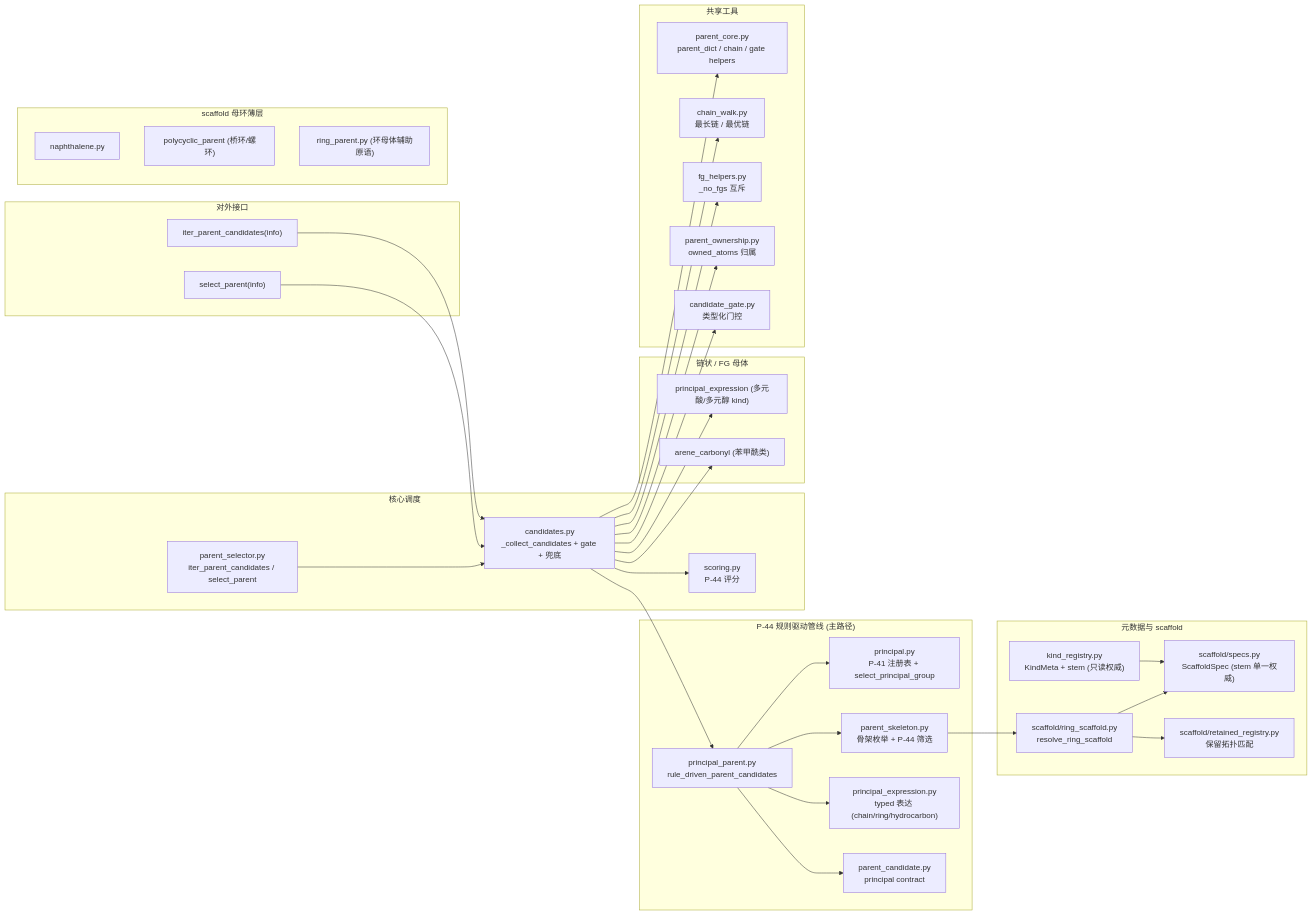
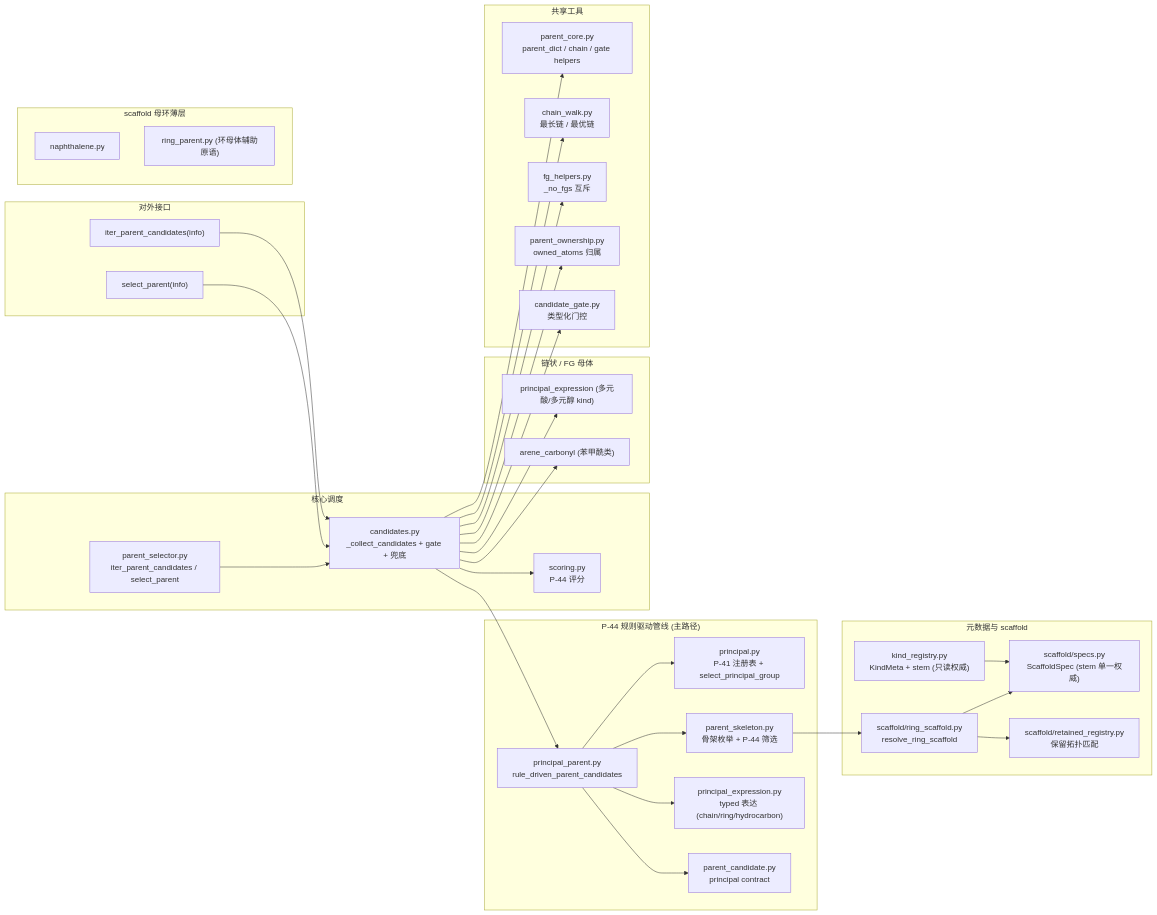
One commit to zouxiaofei1/OpenSMILES changed the fourth of 5 diagrams in docs/wiki/architecture/layer2-parent-selector.md. Above: the diagram before and after it, drawn with Mermaid. The commit also changed other lines of this file and 7 other files, not shown here.

````diff
--- a/docs/wiki/architecture/layer2-parent-selector.md
+++ b/docs/wiki/architecture/layer2-parent-selector.md
@@ -255,59 +250,58 @@
 ```mermaid
 flowchart LR
     subgraph Public_API["对外接口"]
         SP["select_parent(info)"]
         IPC["iter_parent_candidates(info)"]
     end
 
     subgraph Principal["P-44 规则驱动管线 (主路径)"]
         PR["principal.py<br/>P-41 注册表 + select_principal_group"]
         SKEL["parent_skeleton.py<br/>骨架枚举 + P-44 筛选"]
         PEXPR["principal_expression.py<br/>typed 表达 (chain/ring/hydrocarbon)"]
         PPR["principal_parent.py<br/>rule_driven_parent_candidates"]
         PCAND["parent_candidate.py<br/>principal contract"]
     end
 
     subgraph Core["核心调度"]
         CAND["candidates.py<br/>_collect_candidates + gate + 兜底"]
         SCORE["scoring.py<br/>P-44 评分"]
         PSEL["parent_selector.py<br/>iter_parent_candidates / select_parent"]
     end
 
     subgraph Registry["元数据与 scaffold"]
         KR["kind_registry.py<br/>KindMeta + stem (只读权威)"]
         SPECS["scaffold/specs.py<br/>ScaffoldSpec (stem 单一权威)"]
         RETREG["scaffold/retained_registry.py<br/>保留拓扑匹配"]
         RSCAFF["scaffold/ring_scaffold.py<br/>resolve_ring_scaffold"]
     end
 
     subgraph RingParents["scaffold 母环薄层"]
         R1["naphthalene.py"]
-        R2["polycyclic_parent (桥环/螺环)"]
         R3["ring_parent.py (环母体辅助原语)"]
     end
 
     subgraph ChainAndFG["链状 / FG 母体"]
         PCO["principal_expression (多元酸/多元醇 kind)"]
         ALC["arene_carbonyl (苯甲酰类)"]
     end
 
     subgraph Utilities["共享工具"]
         PC["parent_core.py<br/>parent_dict / chain / gate helpers"]
         CW["chain_walk.py<br/>最长链 / 最优链"]
         FG["fg_helpers.py<br/>_no_fgs 互斥"]
         OWN["parent_ownership.py<br/>owned_atoms 归属"]
         CG["candidate_gate.py<br/>类型化门控"]
     end
 
     PSEL --> CAND
     SP --> CAND
     IPC --> CAND
     CAND --> PPR
     PPR --> PR & SKEL & PEXPR & PCAND
     SKEL --> RSCAFF
     RSCAFF --> SPECS & RETREG
     KR --> SPECS
     CAND --> SCORE & OWN & CG
     CAND --> PCO & ALC
     CAND --> PC & CW & FG
 ```
````
